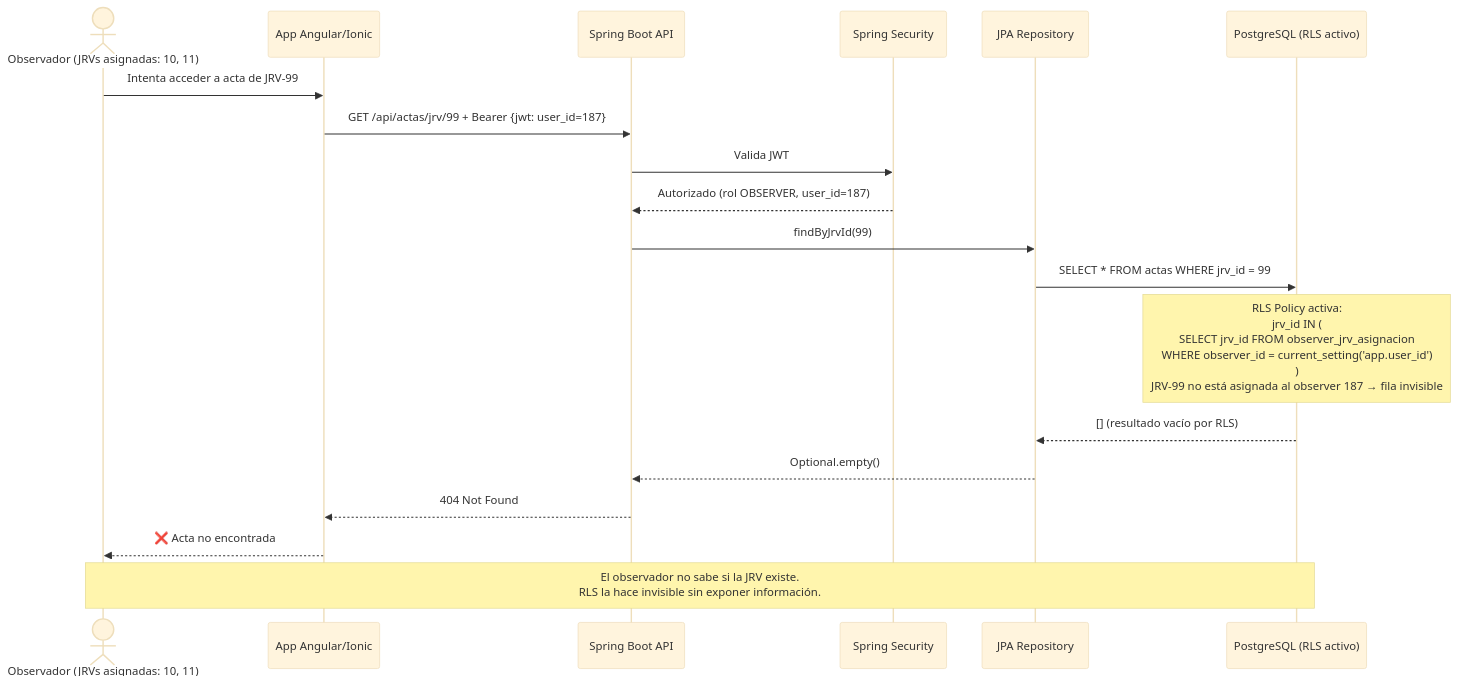
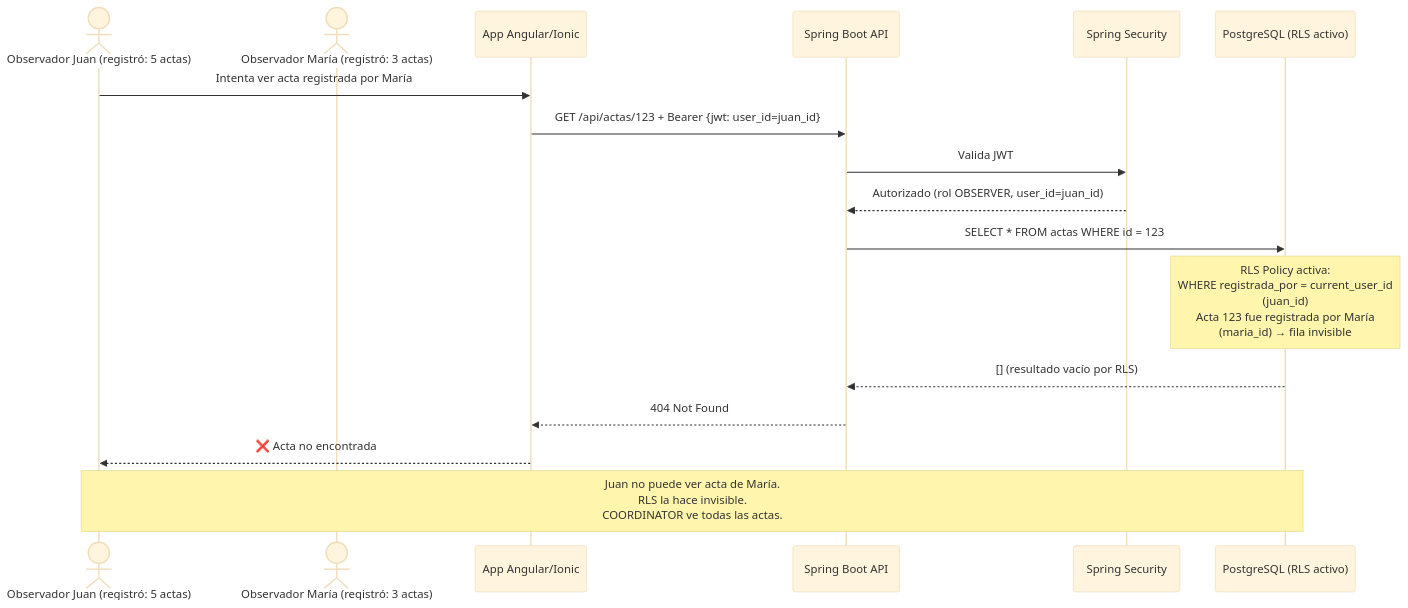
One commit to Brydyan/Control-s-Elector changed the diagram in diagram/secuencias/07-rls-acceso-denegado.md. Above: the diagram before and after it, drawn with Mermaid (base theme). The commit also changed other lines of this file and 24 other files, not shown here.

Commit message:
Update diagram

````diff
--- a/diagram/secuencias/07-rls-acceso-denegado.md
+++ b/diagram/secuencias/07-rls-acceso-denegado.md
@@ -5,28 +7,26 @@
 ```mermaid
 sequenceDiagram
-    actor OBS as Observador (JRVs asignadas: 10, 11)
+    actor OBS1 as Observador Juan (registró: 5 actas)
+    actor OBS2 as Observador María (registró: 3 actas)
     participant APP as App Angular/Ionic
     participant API as Spring Boot API
     participant SEC as Spring Security
-    participant JPA as JPA Repository
     participant PG as PostgreSQL (RLS activo)
 
-    OBS->>APP: Intenta acceder a acta de JRV-99
-    APP->>API: GET /api/actas/jrv/99 + Bearer {jwt: user_id=187}
+    OBS1->>APP: Intenta ver acta registrada por María
+    APP->>API: GET /api/actas/123 + Bearer {jwt: user_id=juan_id}
 
     API->>SEC: Valida JWT
-    SEC-->>API: Autorizado (rol OBSERVER, user_id=187)
+    SEC-->>API: Autorizado (rol OBSERVER, user_id=juan_id)
 
-    API->>JPA: findByJrvId(99)
-    JPA->>PG: SELECT * FROM actas WHERE jrv_id = 99
+    API->>PG: SELECT * FROM actas WHERE id = 123
 
-    Note over PG: RLS Policy activa:<br/>jrv_id IN (<br/>  SELECT jrv_id FROM observer_jrv_asignacion<br/>  WHERE observer_id = current_setting('app.user_id')<br/>)<br/>JRV-99 no está asignada al observer 187 → fila invisible
+    Note over PG: RLS Policy activa:<br/>WHERE registrada_por = current_user_id<br/>(juan_id)<br/>Acta 123 fue registrada por María<br/>(maria_id) → fila invisible
 
-    PG-->>JPA: [] (resultado vacío por RLS)
-    JPA-->>API: Optional.empty()
+    PG-->>API: [] (resultado vacío por RLS)
     API-->>APP: 404 Not Found
 
-    APP-->>OBS: ❌ Acta no encontrada
+    APP-->>OBS1: ❌ Acta no encontrada
 
-    Note over OBS,PG: El observador no sabe si la JRV existe.<br/>RLS la hace invisible sin exponer información.
+    Note over OBS1,PG: Juan no puede ver acta de María.<br/>RLS la hace invisible.<br/>COORDINATOR ve todas las actas.
 ```
````
